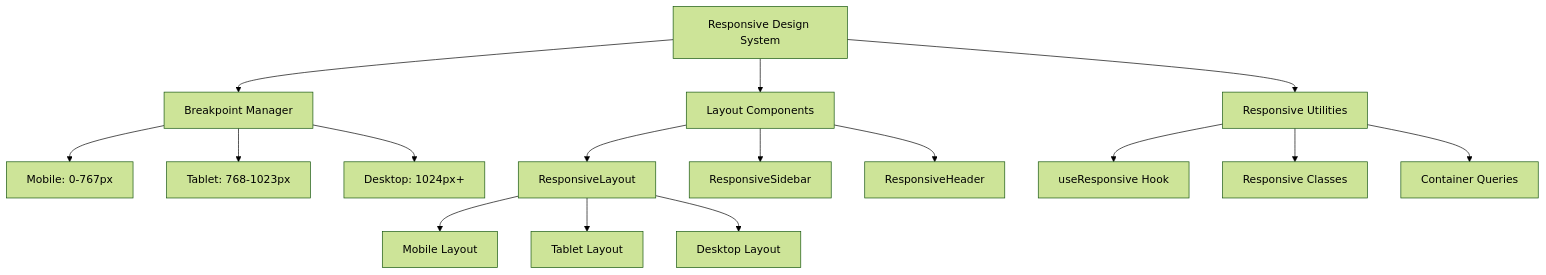
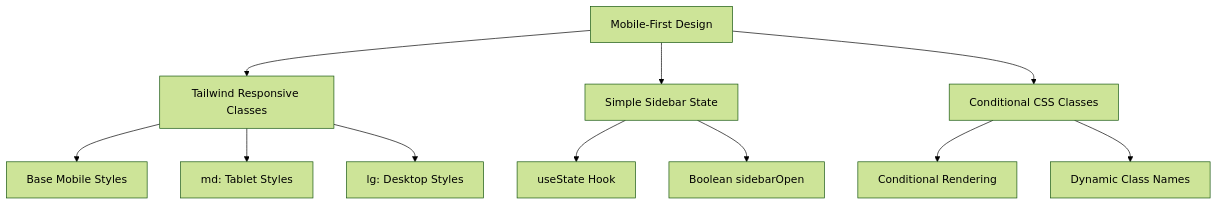
One commit to andersbekkevard/librarium-app changed the first of 2 diagrams in specs/responsive-mobile-ui/design.md. Above: the diagram before and after it, drawn with Mermaid (forest theme). The commit also changed other lines of this file and 16 other files, not shown here.

````diff
--- a/specs/responsive-mobile-ui/design.md
+++ b/specs/responsive-mobile-ui/design.md
@@ -13,22 +13,16 @@
 ```mermaid
 graph TB
-    A[Responsive Design System] --> B[Breakpoint Manager]
-    A --> C[Layout Components]
-    A --> D[Responsive Utilities]
+    A[Mobile-First Design] --> B[Tailwind Responsive Classes]
+    A --> C[Simple Sidebar State]
+    A --> D[Conditional CSS Classes]
     
-    B --> E[Mobile: 0-767px]
-    B --> F[Tablet: 768-1023px]
-    B --> G[Desktop: 1024px+]
+    B --> E[Base Mobile Styles]
+    B --> F[md: Tablet Styles]
+    B --> G[lg: Desktop Styles]
     
-    C --> H[ResponsiveLayout]
-    C --> I[ResponsiveSidebar]
-    C --> J[ResponsiveHeader]
+    C --> H[useState Hook]
+    C --> I[Boolean sidebarOpen]
     
-    D --> K[useResponsive Hook]
-    D --> L[Responsive Classes]
-    D --> M[Container Queries]
-    
-    H --> N[Mobile Layout]
-    H --> O[Tablet Layout]
-    H --> P[Desktop Layout]
+    D --> J[Conditional Rendering]
+    D --> K[Dynamic Class Names]
 ```
````
